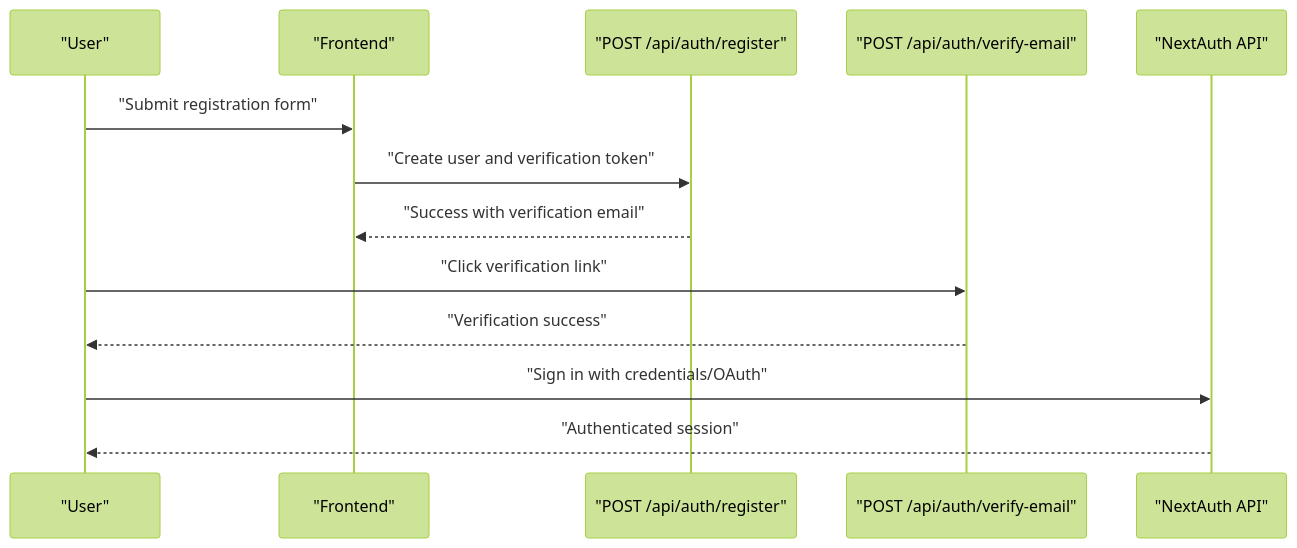
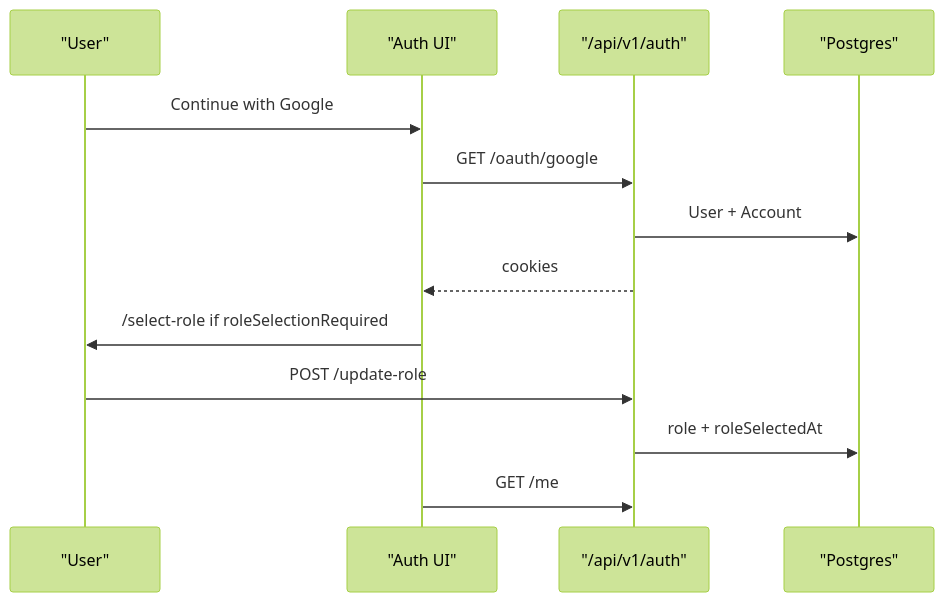
The second of 5 diagrams in src/data/docs/talentsync/Feature Implementation/User Management System.md (tashifkhan/tashif.codes), drawn with Mermaid (forest theme) before and after one commit. The commit also changed other lines of this file and 2128 other files, not shown here.

First line of the commit message:
docs: replace raster diagram images with native Mermaid across project guides

````diff
--- a/src/data/docs/talentsync/Feature Implementation/User Management System.md
+++ b/src/data/docs/talentsync/Feature Implementation/User Management System.md
@@ -104,15 +58,15 @@
 ```mermaid
 sequenceDiagram
 participant U as "User"
-participant FE as "Frontend"
-participant REG as "POST /api/auth/register"
-participant VER as "POST /api/auth/verify-email"
-participant NA as "NextAuth API"
-U->>FE : "Submit registration form"
-FE->>REG : "Create user and verification token"
-REG-->>FE : "Success with verification email"
-U->>VER : "Click verification link"
-VER-->>U : "Verification success"
-U->>NA : "Sign in with credentials/OAuth"
-NA-->>U : "Authenticated session"
+participant FE as "Auth UI"
+participant Auth as "/api/v1/auth"
+participant DB as "Postgres"
+U->>FE : Continue with Google
+FE->>Auth : GET /oauth/google
+Auth->>DB : User + Account
+Auth-->>FE : cookies
+FE->>U : /select-role if roleSelectionRequired
+U->>Auth : POST /update-role
+Auth->>DB : role + roleSelectedAt
+FE->>Auth : GET /me
 ```
````
